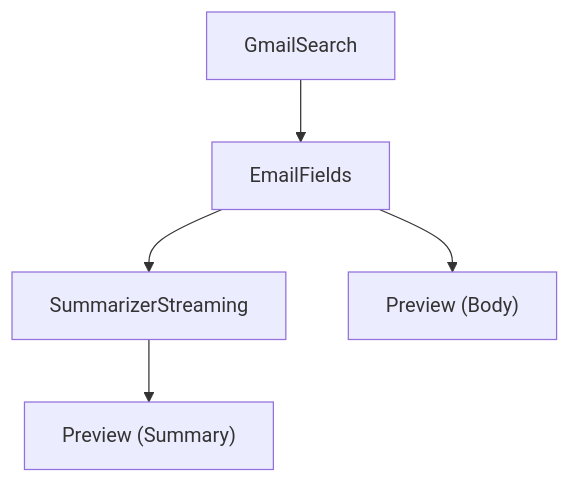
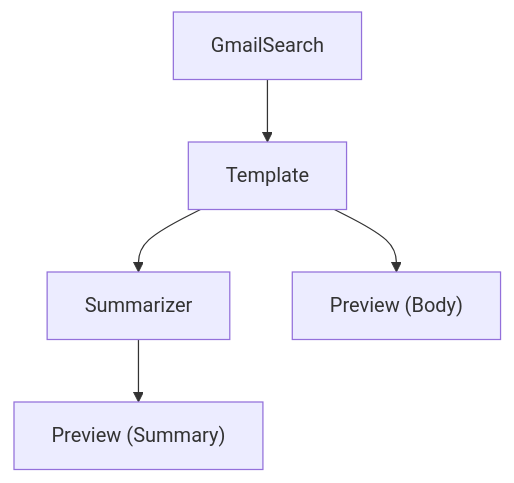
The seventh of 17 diagrams in docs/cookbook/patterns.md (nodetool-ai/nodetool), drawn with Mermaid before and after one commit. The commit also changed other lines of this file and 683 other files, not shown here.

```diff
--- a/docs/cookbook/patterns.md
+++ b/docs/cookbook/patterns.md
@@ -236,12 +236,12 @@
 {% mermaid %}
 graph TD
   gmail_search["GmailSearch"]
-  email_fields["EmailFields"]
-  summarizer_streaming["SummarizerStreaming"]
+  email_fields["Template"]
+  summarizer_streaming["Summarizer"]
   preview_summary["Preview (Summary)"]
   preview_body["Preview (Body)"]
   gmail_search --> email_fields
   email_fields --> summarizer_streaming
   summarizer_streaming --> preview_summary
   email_fields --> preview_body
 {% endmermaid %}
```
